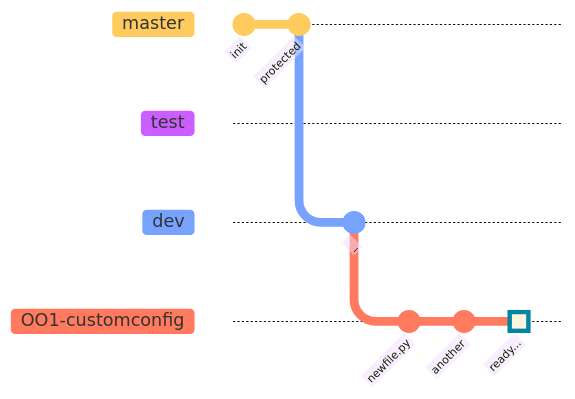
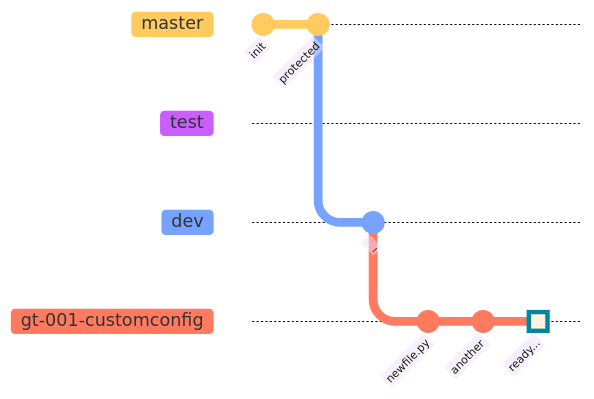
The fourth of 8 diagrams in GitFlow.md (gzt5142/gzt5142), drawn with Mermaid before and after one commit. The commit also changed other lines of this file, not shown here.

````diff
--- a/GitFlow.md
+++ b/GitFlow.md
@@ -153,15 +158,15 @@
 ```mermaid
 %%{init: {  'theme': 'base', "gitGraph": {"rotateCommitLabel": true, "mainBranchName": "master"}} }%%
 gitGraph
   commit id: "init"
   commit id: "protected"
   branch test
   branch dev
   checkout dev
   commit id: "_"
-  branch OO1-customconfig
-  checkout OO1-customconfig
+  branch gt-001-customconfig
+  checkout gt-001-customconfig
   commit id: "newfile.py"
   commit id: "another"
   commit id: "ready..." type: HIGHLIGHT
 ```
````
